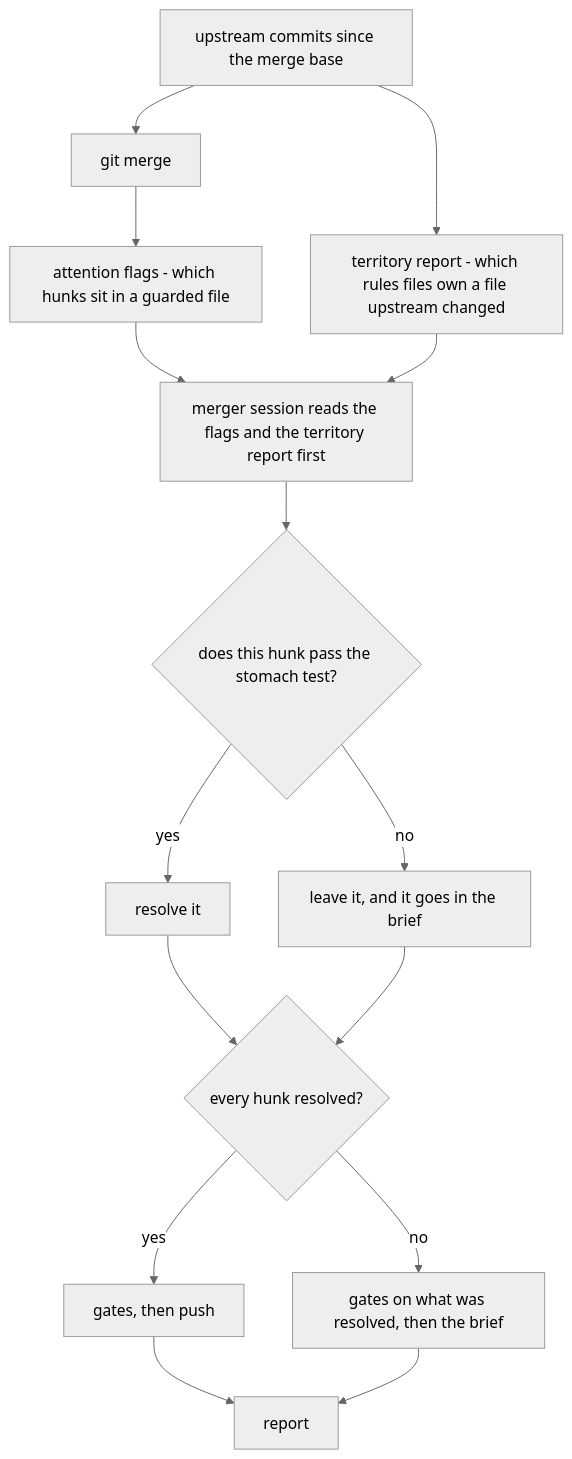
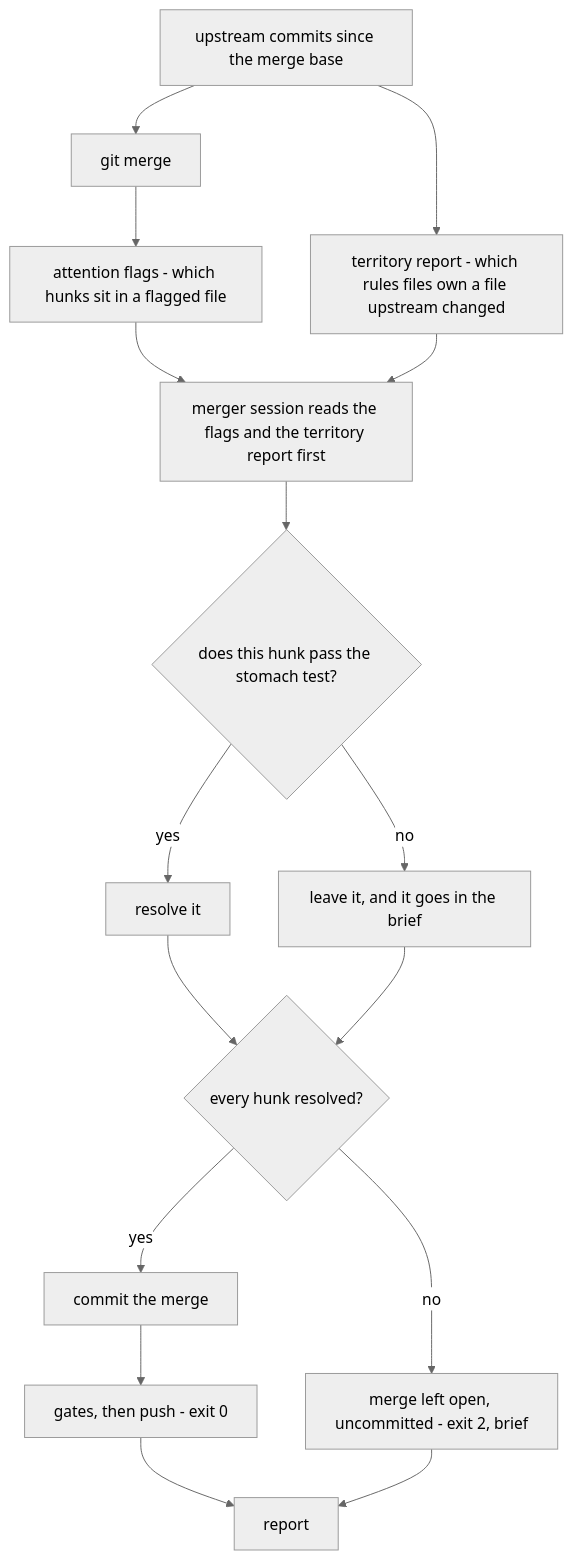
The diagram in docs/plans/20260823-fork-merge-triage.md (p4elkin/agterm-vim), drawn with Mermaid (neutral theme) before and after one commit. The commit also changed other lines of this file, not shown here.

First line of the commit message:
docs: settle what a partially resolved merge actually means

````diff
--- a/docs/plans/20260823-fork-merge-triage.md
+++ b/docs/plans/20260823-fork-merge-triage.md
@@ -94,17 +94,17 @@
 ```mermaid
 flowchart TD
   U[upstream commits since the merge base] --> T[territory report - which rules files own a file upstream changed]
   U --> M[git merge]
-  M --> F[attention flags - which hunks sit in a guarded file]
+  M --> F[attention flags - which hunks sit in a flagged file]
   F --> A[merger session reads the flags and the territory report first]
   T --> A
   A --> H{does this hunk pass the stomach test?}
   H -->|yes| P[resolve it]
   H -->|no| L[leave it, and it goes in the brief]
   P --> Z{every hunk resolved?}
   L --> Z
-  Z -->|yes| G2[gates, then push]
-  Z -->|no| B[gates on what was resolved, then the brief]
+  Z -->|yes| C[commit the merge] --> G2[gates, then push - exit 0]
+  Z -->|no| B[merge left open, uncommitted - exit 2, brief]
   G2 --> RP[report]
   B --> RP
 ```
````
